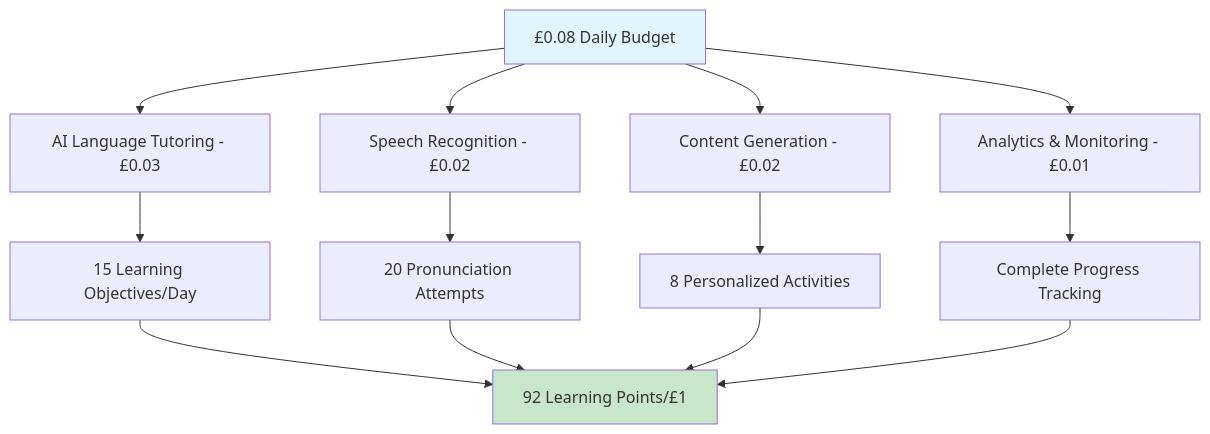
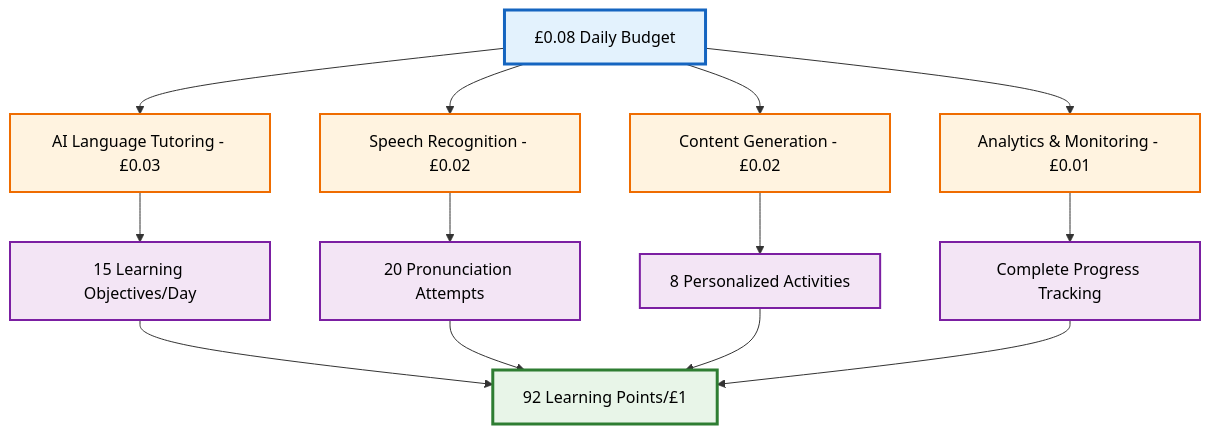
One commit to victorsaly/WorldLeadersGame changed the sixth of 9 diagrams in docs/_posts/2025-08-08-azure-cost-optimization-educational-platforms-per-user-attribution.md. Above: the diagram before and after it, drawn with Mermaid. The commit also changed other lines of this file and 1 other file, not shown here.

````diff
--- a/docs/_posts/2025-08-08-azure-cost-optimization-educational-platforms-per-user-attribution.md
+++ b/docs/_posts/2025-08-08-azure-cost-optimization-educational-platforms-per-user-attribution.md
@@ -425,20 +475,28 @@
 ```mermaid
 graph TD
     A[£0.08 Daily Budget] --> B[AI Language Tutoring - £0.03]
     A --> C[Speech Recognition - £0.02]
     A --> D[Content Generation - £0.02]
     A --> E[Analytics & Monitoring - £0.01]
     
     B --> F[15 Learning Objectives/Day]
     C --> G[20 Pronunciation Attempts]
     D --> H[8 Personalized Activities]
     E --> I[Complete Progress Tracking]
     
     F --> J[92 Learning Points/£1]
     G --> J
     H --> J
     I --> J
     
-    style A fill:#e1f5fe
-    style J fill:#c8e6c9
+    %% Enhanced styling for better visual appeal
+    classDef budget fill:#e3f2fd,stroke:#1565c0,stroke-width:3px,color:#000
+    classDef services fill:#fff3e0,stroke:#ef6c00,stroke-width:2px,color:#000
+    classDef outcomes fill:#f3e5f5,stroke:#7b1fa2,stroke-width:2px,color:#000
+    classDef result fill:#e8f5e8,stroke:#2e7d32,stroke-width:3px,color:#000
+    
+    class A budget
+    class B,C,D,E services
+    class F,G,H,I outcomes
+    class J result
 ```
````
